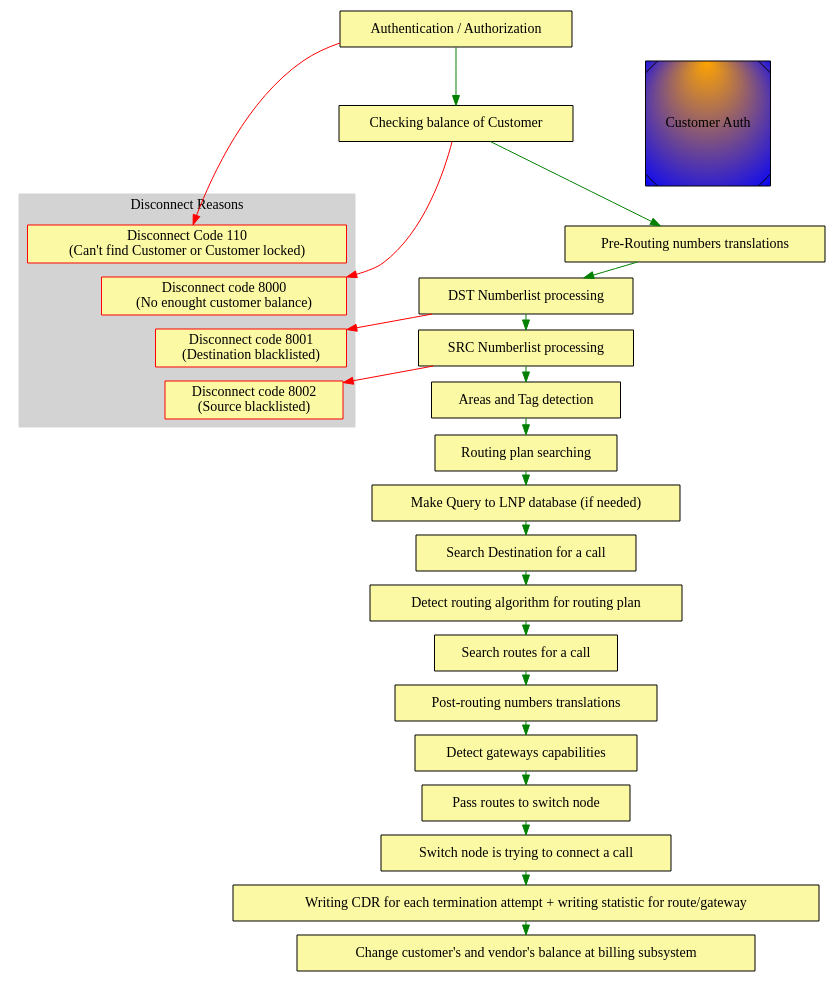
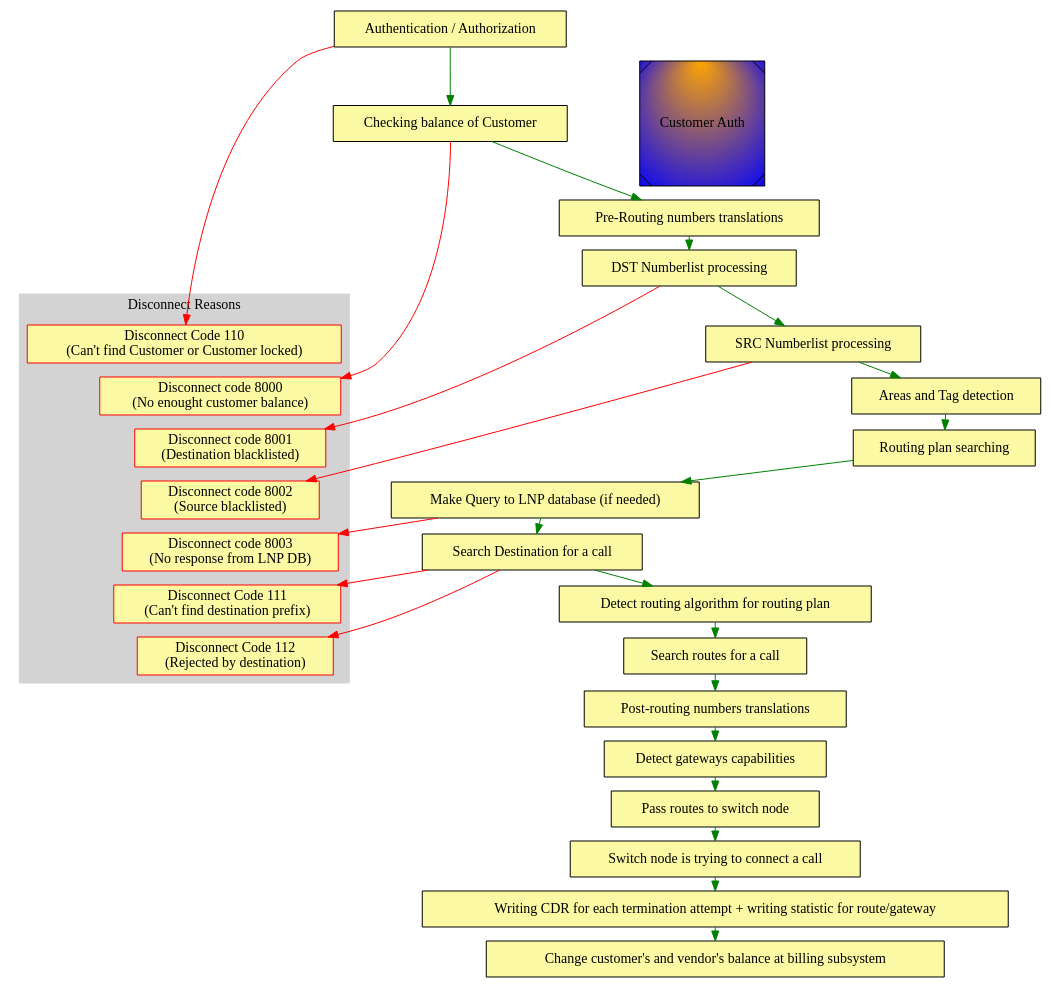
Before and after one commit to yeti-switch/doc: the diagram in docs/en/graphviz/general.dot, drawn with Graphviz. The commit also changed 2 other files, not shown here.

```diff
--- a/docs/en/graphviz/general.dot
+++ b/docs/en/graphviz/general.dot
@@ -1,70 +1,79 @@
 digraph General {
 
     node [style=filled; fillcolor="#FCF9A5"];
     graph [nodesep=1, ranksep=0.2, mindist=0.5];
 
     subgraph cluster_DC {
         style=filled;
         color=lightgrey;
         node [style=filled,color=red];
 
-        reason1 [label = "Disconnect Code 110 \n (Can't find Customer or Customer locked)"; shape=box; sides=4 ];
-        reason2 [label = "Disconnect code 8000 \n (No enought customer balance)"; shape=box; sides=4 ];
+        reason1 [label = "Disconnect Code 110 \n(Can't find Customer or Customer locked)"; shape=box; sides=4 ];
+        reason2 [label = "Disconnect code 8000 \n(No enought customer balance)"; shape=box; sides=4 ];
         reason3 [label = "Disconnect code 8001 \n(Destination blacklisted)"; shape=box; sides=4 ];
         reason4 [label = "Disconnect code 8002 \n(Source blacklisted)"; shape=box; sides=4 ];
+        reason5 [label = "Disconnect code 8003 \n(No response from LNP DB)"; shape=box; sides=4 ];
+        reason6 [label = "Disconnect Code 111 \n(Can't find destination prefix)"; shape=box; sides=4 ];
+        reason7 [label = "Disconnect Code 112 \n(Rejected by destination)"; shape=box; sides=4 ];
 
         reason1->reason2 [style=invis];
         reason2->reason3 [style=invis];
         reason3->reason4 [style=invis];
+        reason4->reason5 [style=invis];
+        reason5->reason6 [style=invis];
+        reason6->reason7 [style=invis];
         label = "Disconnect Reasons";
     }
 
 
     block1 [label = "Authentication / Authorization"; shape=box; sides=4 ];
     block2 [label = "Checking balance of Customer"; shape=box; sides=4 ];
     block3 [label = "Pre-Routing numbers translations"; shape=box; sides=4 ];
     block4 [label = "DST Numberlist processing"; shape=box; sides=4 ];
     block5 [label = "SRC Numberlist processing"; shape=box; sides=4 ];
     block6 [label = "Areas and Tag detection"; shape=box; sides=4 ];
     block7 [label = "Routing plan searching"; shape=box; sides=4 ];
     block8 [label = "Make Query to LNP database (if needed)"; shape=box; sides=4 ];
     block9 [label = "Search Destination for a call"; shape=box; sides=4 ];
     block10 [label = "Detect routing algorithm for routing plan"; shape=box; sides=4 ];
     block11 [label = "Search routes for a call"; shape=box; sides=4 ];
     block12 [label = "Post-routing numbers translations"; shape=box; sides=4 ];
     block13 [label = "Detect gateways capabilities"; shape=box; sides=4 ];
     block14 [label = "Pass routes to switch node"; shape=box; sides=4 ];
     block15 [label = "Switch node is trying to connect a call"; shape=box; sides=4 ];
     block16 [label = "Writing CDR for each termination attempt + writing statistic for route/gateway"; shape=box; sides=4 ];
     block17 [label = "Change customer's and vendor's balance at billing subsystem"; shape=box; sides=4 ];
 
     block1 -> block2 [color=green];
     block1 -> reason1 [color=red];
     block1 -> Customer_Auth [style=invis];
     block2 -> block3 [color=green];
     block2 -> reason2 [color=red];
     block3 -> block4 [color=green];
     block4 -> block5 [color=green];
     block4 -> reason3 [color=red];
     block5 -> block6 [color=green];
     block5 -> reason4 [color=red];
     block6 -> block7 [color=green];
     block7 -> block8 [color=green];
     block8 -> block9 [color=green];
+    block8 -> reason5 [color=red];
     block9 -> block10 [color=green];
+    block9 -> reason6 [color=red];
+    block9 -> reason7 [color=red];
     block10 -> block11 [color=green];
     block11 -> block12 [color=green];
     block12 -> block13 [color=green];
     block13 -> block14 [color=green];
     block14 -> block15 [color=green];
     block15 -> block16 [color=green];
     block16 -> block17 [color=green];
 
     Customer_Auth [
         label = "Customer Auth",
             shape=Msquare,
             fillcolor="orange:blue",
             style=radial,
             gradientangle=90];
 
 }
```
